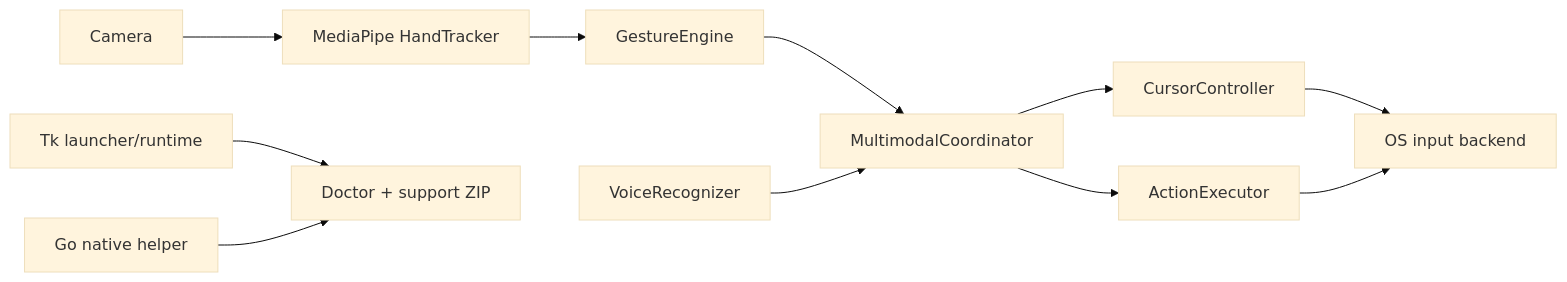
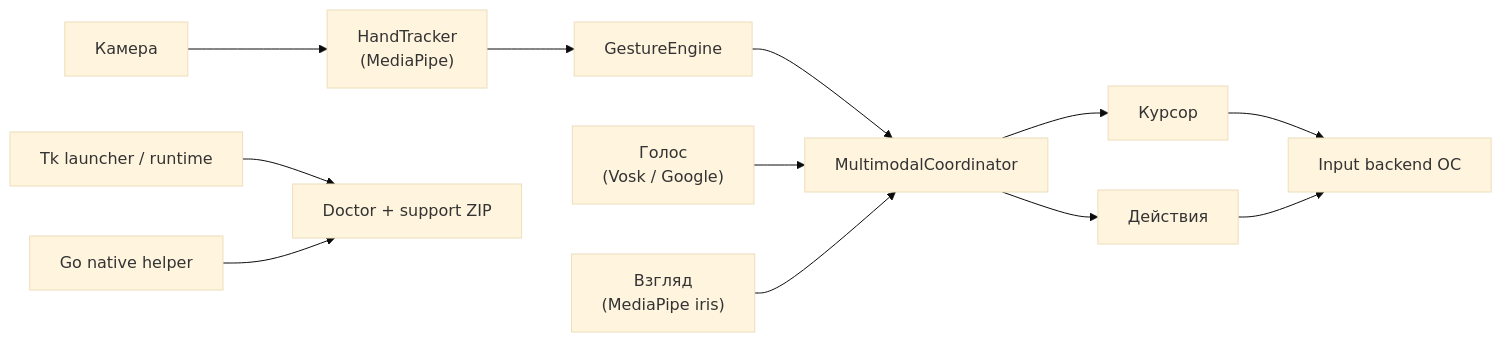
One commit to fakedesyncc/AirControl-MK changed the diagram in docs/ARCHITECTURE.md. Above: the diagram before and after it, drawn with Mermaid (base theme). The commit also changed other lines of this file, not shown here.

First line of the commit message:
docs(architecture): align diagram with README, document gaze and swipes

````diff
--- a/docs/ARCHITECTURE.md
+++ b/docs/ARCHITECTURE.md
@@ -21,13 +21,14 @@
 ```mermaid
 flowchart LR
-    Camera["Camera"] --> Tracker["MediaPipe HandTracker"]
-    Tracker --> GestureEngine["GestureEngine"]
-    GestureEngine --> Fusion["MultimodalCoordinator"]
-    Voice["VoiceRecognizer"] --> Fusion
-    Fusion --> Cursor["CursorController"]
-    Fusion --> Actions["ActionExecutor"]
-    Cursor --> InputBackend["OS input backend"]
-    Actions --> InputBackend
-    App["Tk launcher/runtime"] --> Diagnostics["Doctor + support ZIP"]
+    Camera["Камера"] --> Tracker["HandTracker<br/>(MediaPipe)"]
+    Tracker --> Gestures["GestureEngine"]
+    Gestures --> Fusion["MultimodalCoordinator"]
+    Voice["Голос<br/>(Vosk / Google)"] --> Fusion
+    Gaze["Взгляд<br/>(MediaPipe iris)"] --> Fusion
+    Fusion --> Cursor["Курсор"]
+    Fusion --> Actions["Действия"]
+    Cursor --> Backend["Input backend ОС"]
+    Actions --> Backend
+    App["Tk launcher / runtime"] --> Diagnostics["Doctor + support ZIP"]
     Helper["Go native helper"] --> Diagnostics
 ```
````
